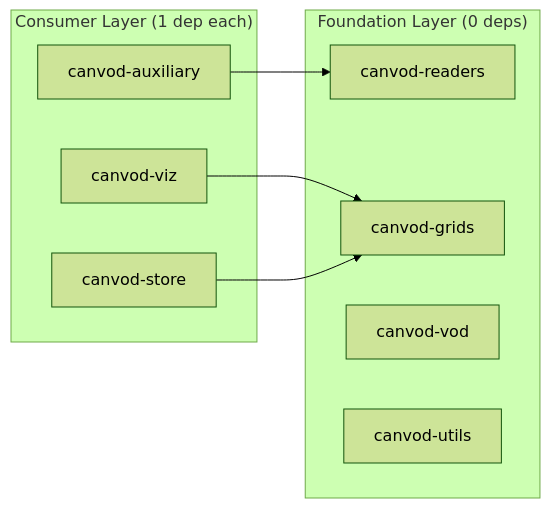
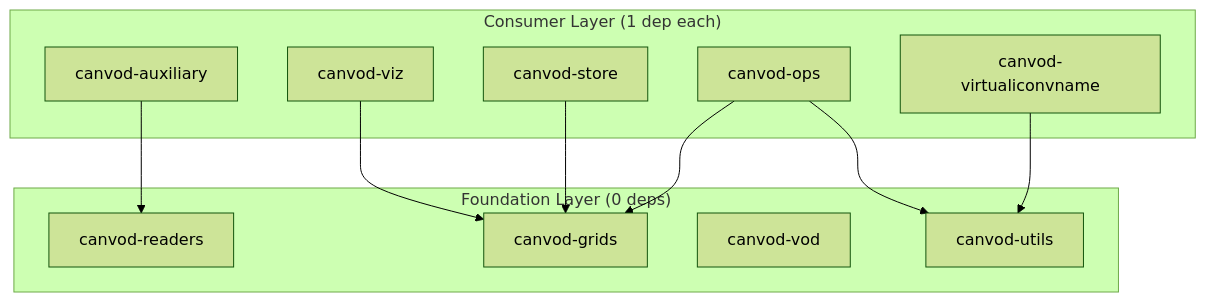
One commit to konstantinschellenberg/canvodpy changed the diagram in docs/dependencies.md. Above: the diagram before and after it, drawn with Mermaid (forest theme). The commit also changed 38 other files, not shown here.

First line of the commit message:
docs: add canvod-ops and canvod-virtualiconvname pages, configuration guide, Dask guide

````diff
--- a/docs/dependencies.md
+++ b/docs/dependencies.md
@@ -9,19 +9,24 @@
 ```mermaid
-graph LR
+graph TD
+    subgraph CONSUMERS["Consumer Layer (1 dep each)"]
+        AUX["canvod-auxiliary"]
+        VIZ["canvod-viz"]
+        STORE["canvod-store"]
+        OPS["canvod-ops"]
+        NAMING["canvod-virtualiconvname"]
+    end
+
     subgraph FOUNDATION["Foundation Layer (0 deps)"]
         READERS["canvod-readers"]
         GRIDS["canvod-grids"]
         VOD["canvod-vod"]
         UTILS["canvod-utils"]
     end
 
-    subgraph CONSUMERS["Consumer Layer (1 dep each)"]
-        AUX["canvod-auxiliary"]
-        VIZ["canvod-viz"]
-        STORE["canvod-store"]
-    end
-
     AUX   --> READERS
     VIZ   --> GRIDS
     STORE --> GRIDS
+    OPS   --> GRIDS
+    OPS   --> UTILS
+    NAMING --> UTILS
 ```
````
